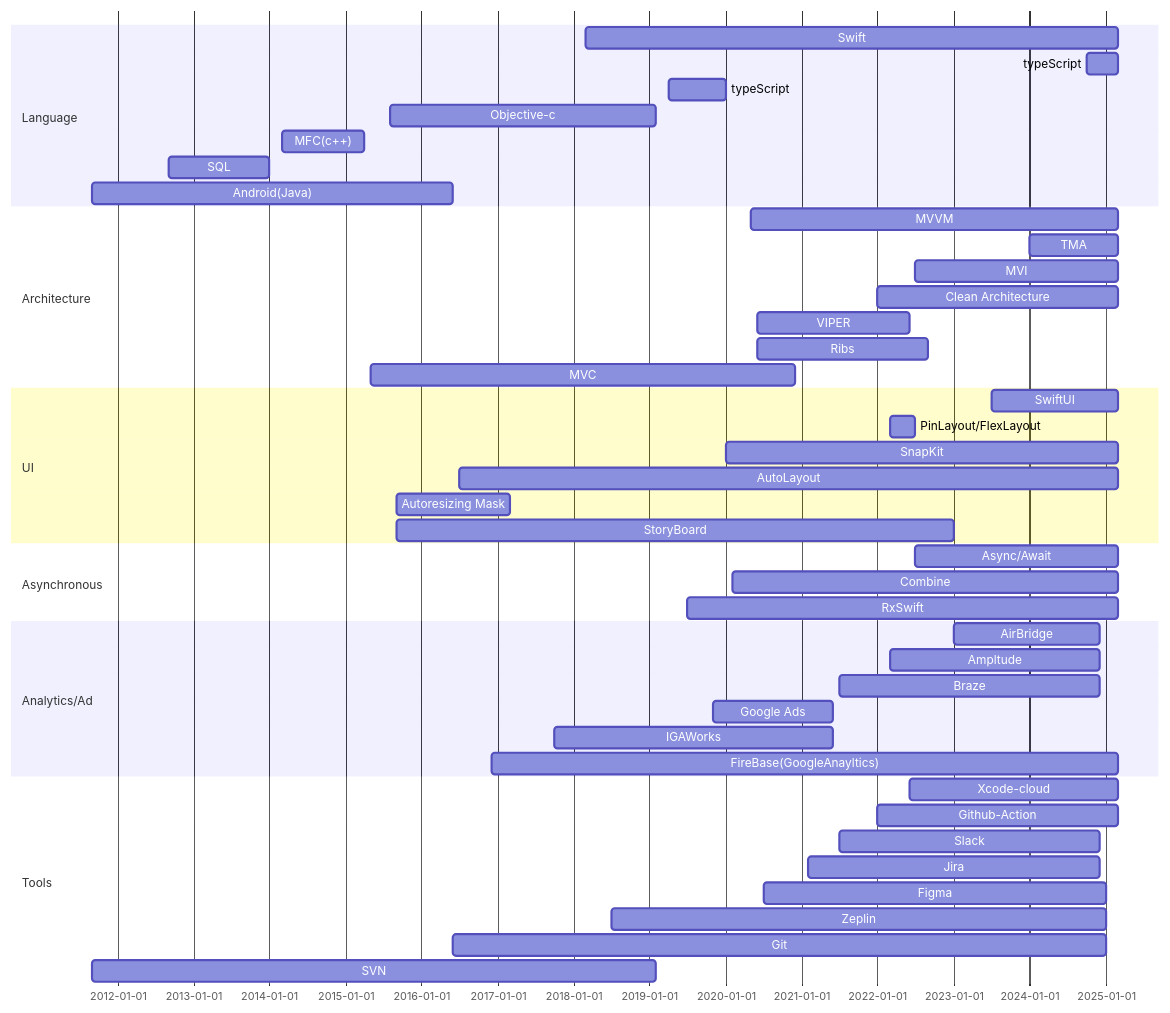
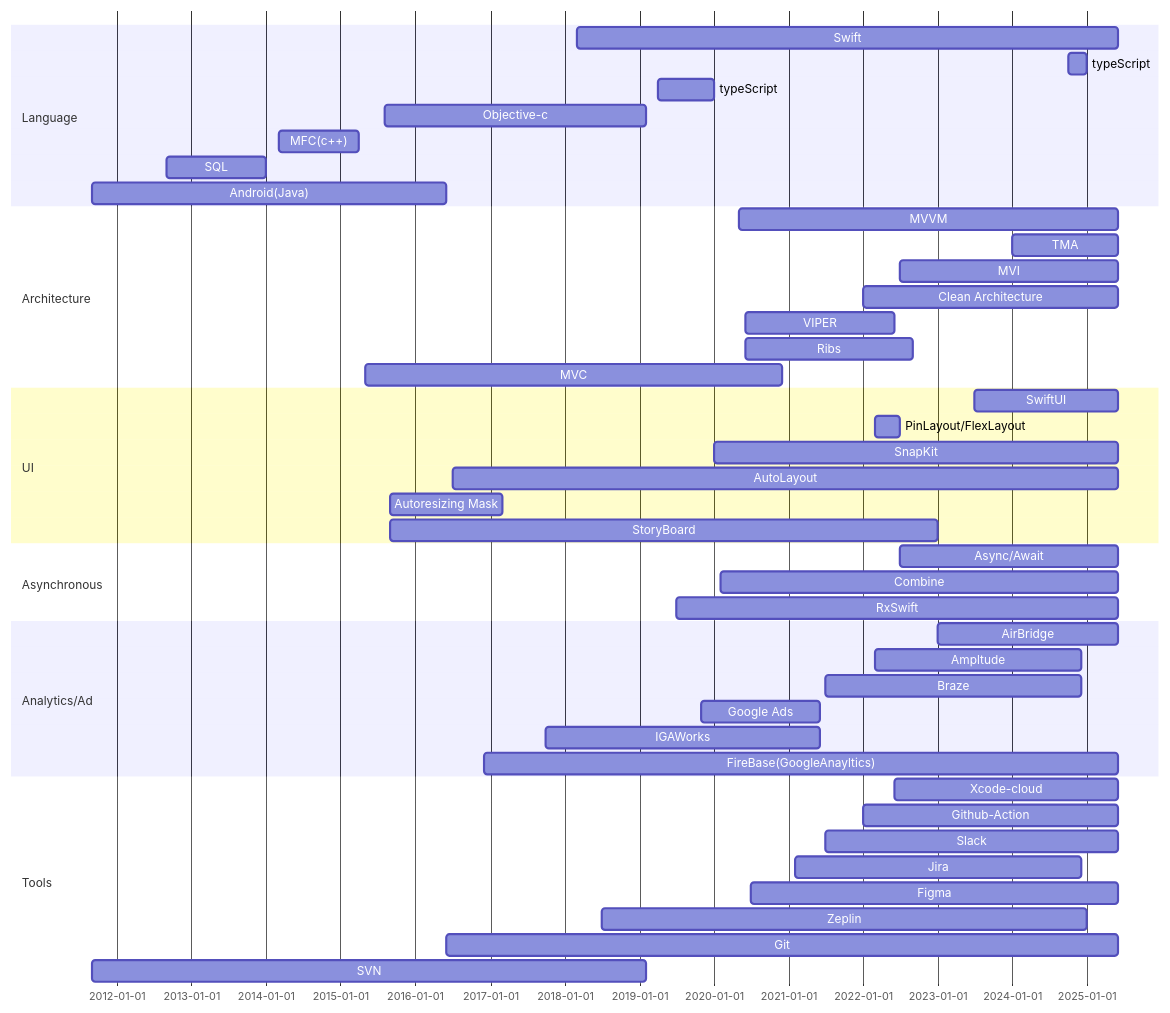
Before and after one commit to talq44/resume_portfolio: the first of 3 diagrams in PORTFOLIO.md, drawn with Mermaid. The commit also changed other lines of this file and 4 other files, not shown here.

````diff
--- a/PORTFOLIO.md
+++ b/PORTFOLIO.md
@@ -23,52 +23,52 @@
 ``` mermaid
 gantt
   dateFormat  YYYY-MM
   section Language
-  Swift :i3, 2018-03, 2025-03
-  typeScript :a1, 2024-10, 2025-03
+  Swift :i3, 2018-03, 2025-06
+  typeScript :a1, 2024-10, 2025-01
   typeScript :a1, 2019-04, 2020-01
   Objective-c :l5, 2015-08, 2019-02
   MFC(c++) :l3, 2014-03, 2015-04
   SQL :l2, 2012-09, 2014-01
   Android(Java) :l1, 2011-09, 2016-06
 
   section Architecture
-  MVVM :a1, 2020-05, 2025-03
-  TMA: a5, 2024-01, 2025-03
-  MVI :a2, 2022-07, 2025-03
-  Clean Architecture :a1, 2022-01, 2025-03
+  MVVM :a1, 2020-05, 2025-06
+  TMA: a5, 2024-01, 2025-06
+  MVI :a2, 2022-07, 2025-06
+  Clean Architecture :a1, 2022-01, 2025-06
   VIPER: a4, 2020-06, 2022-06
   Ribs: a4, 2020-06, 2022-09
   MVC : a3, 2015-05, 2020-12
 
   section UI
-  SwiftUI : c1, 2023-07, 2025-03
+  SwiftUI : c1, 2023-07, 2025-06
   PinLayout/FlexLayout : u3, 2022-03, 2022-07
-  SnapKit : c3, 2020-01, 2025-03
-  AutoLayout : c2, 2016-07, 2025-03
+  SnapKit : c3, 2020-01, 2025-06
+  AutoLayout : c2, 2016-07, 2025-06
   Autoresizing Mask : u2, 2015-09, 2017-03
   StoryBoard : u1, 2015-09, 2023-01
 
   section Asynchronous
-  Async/Await: r3, 2022-07, 2025-03
-  Combine: r2, 2020-02, 2025-03
-  RxSwift: r1, 2019-07, 2025-03
+  Async/Await: r3, 2022-07, 2025-06
+  Combine: r2, 2020-02, 2025-06
+  RxSwift: r1, 2019-07, 2025-06
 
   section Analytics/Ad
-  AirBridge : s3, 2023-01, 2024-12
+  AirBridge : s3, 2023-01, 2025-06
   Ampltude : s2, 2022-03, 2024-12
   Braze : s2, 2021-07, 2024-12
   Google Ads: aa2, 2019-11, 2021-06
   IGAWorks : aa1, 2017-10, 2021-06
-  FireBase(GoogleAnayltics) : s2, 2016-12, 2025-03
+  FireBase(GoogleAnayltics) : s2, 2016-12, 2025-06
 
   section Tools
-  Xcode-cloud: t6, 2022-06, 2025-03
-  Github-Action: t6, 2022-01, 2025-03
-  Slack: t5, 2021-07, 2024-12
+  Xcode-cloud: t6, 2022-06, 2025-06
+  Github-Action: t6, 2022-01, 2025-06
+  Slack: t5, 2021-07, 2025-06
   Jira: t4, 2021-02, 2024-12
-  Figma: t3, 2020-07, 2025-01
+  Figma: t3, 2020-07, 2025-06
   Zeplin: t2, 2018-07, 2025-01
-  Git: t1, 2016-06, 2025-01
+  Git: t1, 2016-06, 2025-06
   SVN: t0, 2011-09, 2019-02
 ```
````
